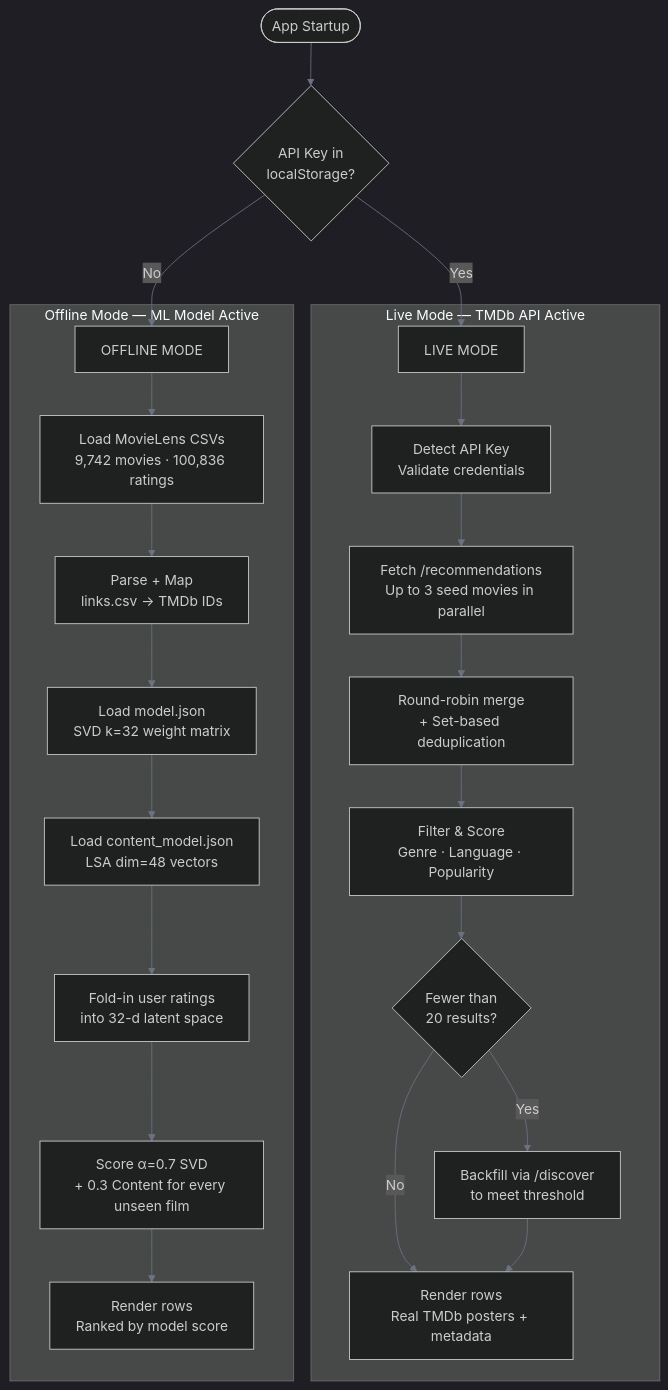
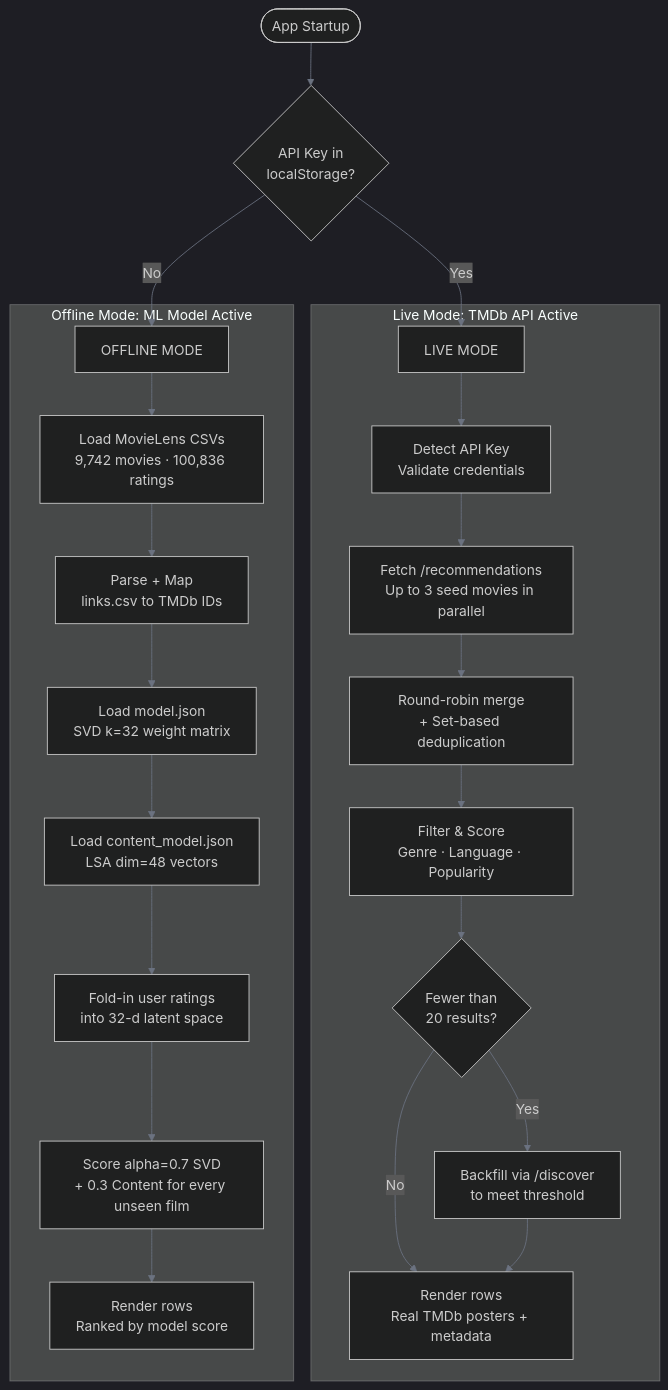
The second of 4 diagrams in README.md (4-thkind/Movie-Recommendation-Model), drawn with Mermaid before and after one commit. The commit also changed other lines of this file, not shown here.

````diff
--- a/README.md
+++ b/README.md
@@ -134,32 +134,32 @@
 ```mermaid
 %%{init: {'theme': 'dark', 'themeVariables': {'primaryColor': '#1f2937', 'primaryTextColor': '#e5e7eb', 'lineColor': '#6b7280', 'background': '#0d1117'}}}%%
 flowchart TD
     START(["App Startup"])
     DETECT{"API Key in\nlocalStorage?"}
 
     START --> DETECT
 
     DETECT -->|"Yes"| LIVE_START["LIVE MODE"]
     DETECT -->|"No"| OFF_START["OFFLINE MODE"]
 
-    subgraph LIVE [" Live Mode — TMDb API Active "]
+    subgraph LIVE [" Live Mode: TMDb API Active "]
         LIVE_START --> L1["Detect API Key\nValidate credentials"]
         L1 --> L2["Fetch /recommendations\nUp to 3 seed movies in parallel"]
         L2 --> L3["Round-robin merge\n+ Set-based deduplication"]
         L3 --> L4["Filter & Score\nGenre · Language · Popularity"]
         L4 --> L5{"Fewer than\n20 results?"}
         L5 -->|"Yes"| L6["Backfill via /discover\nto meet threshold"]
         L5 -->|"No"| L7["Render rows\nReal TMDb posters + metadata"]
         L6 --> L7
     end
 
-    subgraph OFFLINE [" Offline Mode — ML Model Active "]
+    subgraph OFFLINE [" Offline Mode: ML Model Active "]
         OFF_START --> O1["Load MovieLens CSVs\n9,742 movies · 100,836 ratings"]
-        O1 --> O2["Parse + Map\nlinks.csv → TMDb IDs"]
+        O1 --> O2["Parse + Map\nlinks.csv to TMDb IDs"]
         O2 --> O3["Load model.json\nSVD k=32 weight matrix"]
         O3 --> O4["Load content_model.json\nLSA dim=48 vectors"]
         O4 --> O5["Fold-in user ratings\ninto 32-d latent space"]
-        O5 --> O6["Score α=0.7 SVD\n+ 0.3 Content for every unseen film"]
+        O5 --> O6["Score alpha=0.7 SVD\n+ 0.3 Content for every unseen film"]
         O6 --> O7["Render rows\nRanked by model score"]
     end
 ```
````
